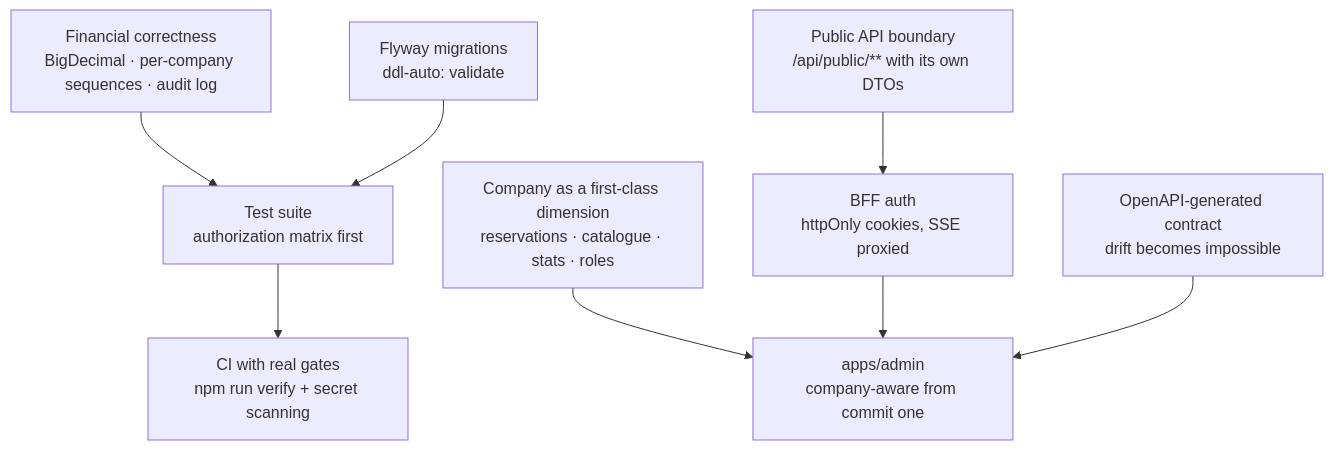
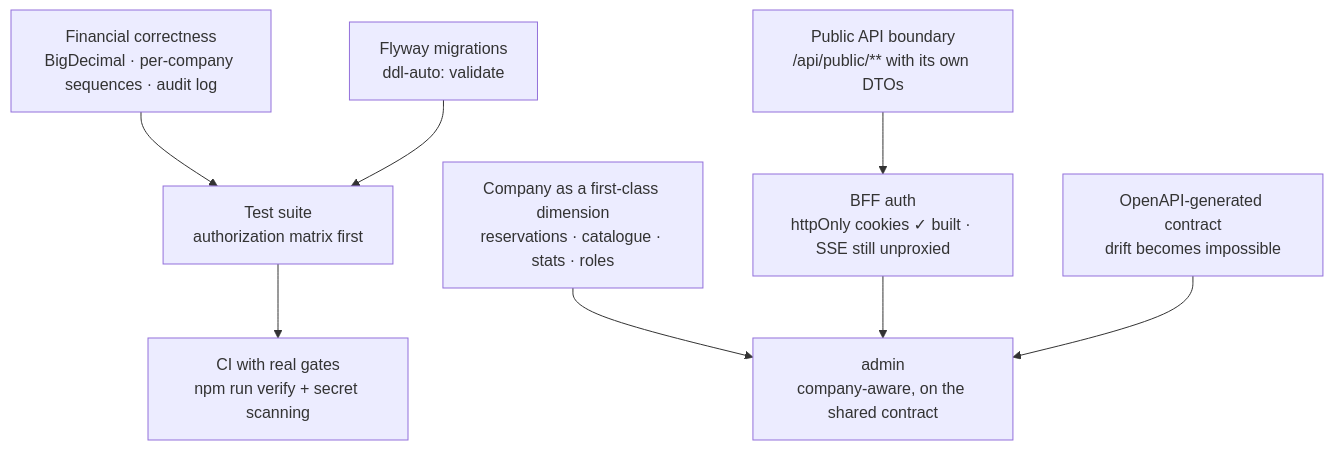
The ninth of 9 diagrams in ARCHITECTURE.md (AbdouHanafy-dev/dunes-insolites), drawn with Mermaid before and after one commit. The commit also changed other lines of this file and 68 other files, not shown here.

````diff
--- a/ARCHITECTURE.md
+++ b/ARCHITECTURE.md
@@ -593,20 +736,20 @@
 ```mermaid
 graph TD
     A["Company as a first-class dimension<br/>reservations · catalogue · stats · roles"]
     B["Financial correctness<br/>BigDecimal · per-company sequences · audit log"]
     C["Flyway migrations<br/>ddl-auto: validate"]
     D["Test suite<br/>authorization matrix first"]
     E["CI with real gates<br/>npm run verify + secret scanning"]
     F["OpenAPI-generated contract<br/>drift becomes impossible"]
     G["Public API boundary<br/>/api/public/** with its own DTOs"]
-    H["BFF auth<br/>httpOnly cookies, SSE proxied"]
-    I["apps/admin<br/>company-aware from commit one"]
+    H["BFF auth<br/>httpOnly cookies ✓ built · SSE still unproxied"]
+    I["admin<br/>company-aware, on the shared contract"]
 
     B --> D
     C --> D
     D --> E
     A --> I
     G --> H
     H --> I
     F --> I
 ```
````
